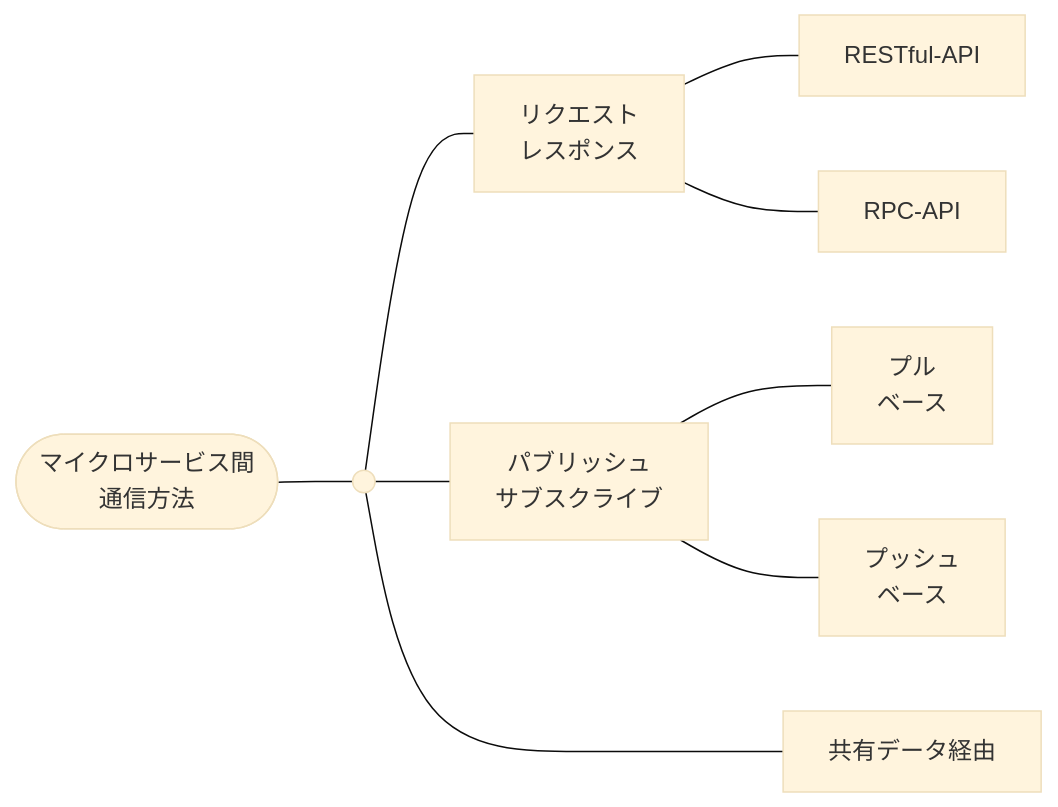
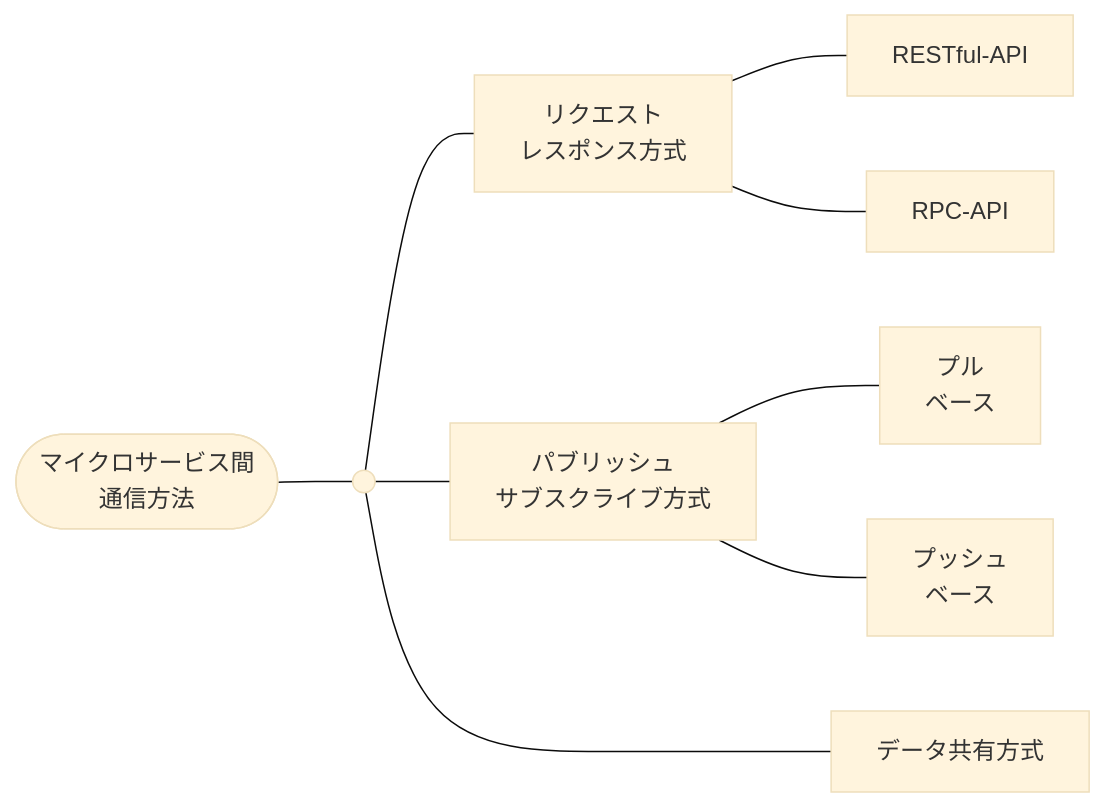
The sixth of 24 diagrams in docs/software/software_application_architecture_microservices_cloudnative.md (hiroki-it/tech-notebook), drawn with Mermaid (base theme) before and after one commit. The commit also changed other lines of this file and 1 other file, not shown here.

````diff
--- a/docs/software/software_application_architecture_microservices_cloudnative.md
+++ b/docs/software/software_application_architecture_microservices_cloudnative.md
@@ -715,13 +715,13 @@
 ```mermaid
 flowchart LR
 
   マイクロサービス間通信方法([マイクロサービス間<br>通信方法]) --- マイクロサービス間通信方法の基点(( ))
-マイクロサービス間通信方法の基点 --- リクエストレスポンス方式[リクエスト<br>レスポンス]
+マイクロサービス間通信方法の基点 --- リクエストレスポンス方式[リクエスト<br>レスポンス方式]
 リクエストレスポンス方式 --- RESTful-API
 リクエストレスポンス方式 --- RPC-API
-  マイクロサービス間通信方法の基点 --- パブリッシュサブスクライブ[パブリッシュ<br>サブスクライブ]
+  マイクロサービス間通信方法の基点 --- パブリッシュサブスクライブ[パブリッシュ<br>サブスクライブ方式]
   パブリッシュサブスクライブ --- プル型[プル<br>ベース]
   パブリッシュサブスクライブ --- プッシュ型[プッシュ<br>ベース]
-  マイクロサービス間通信方法の基点 ---- 共有データ経由[共有データ経由]
+  マイクロサービス間通信方法の基点 ---- データ共有方式[データ共有方式]
 
 ```
````
